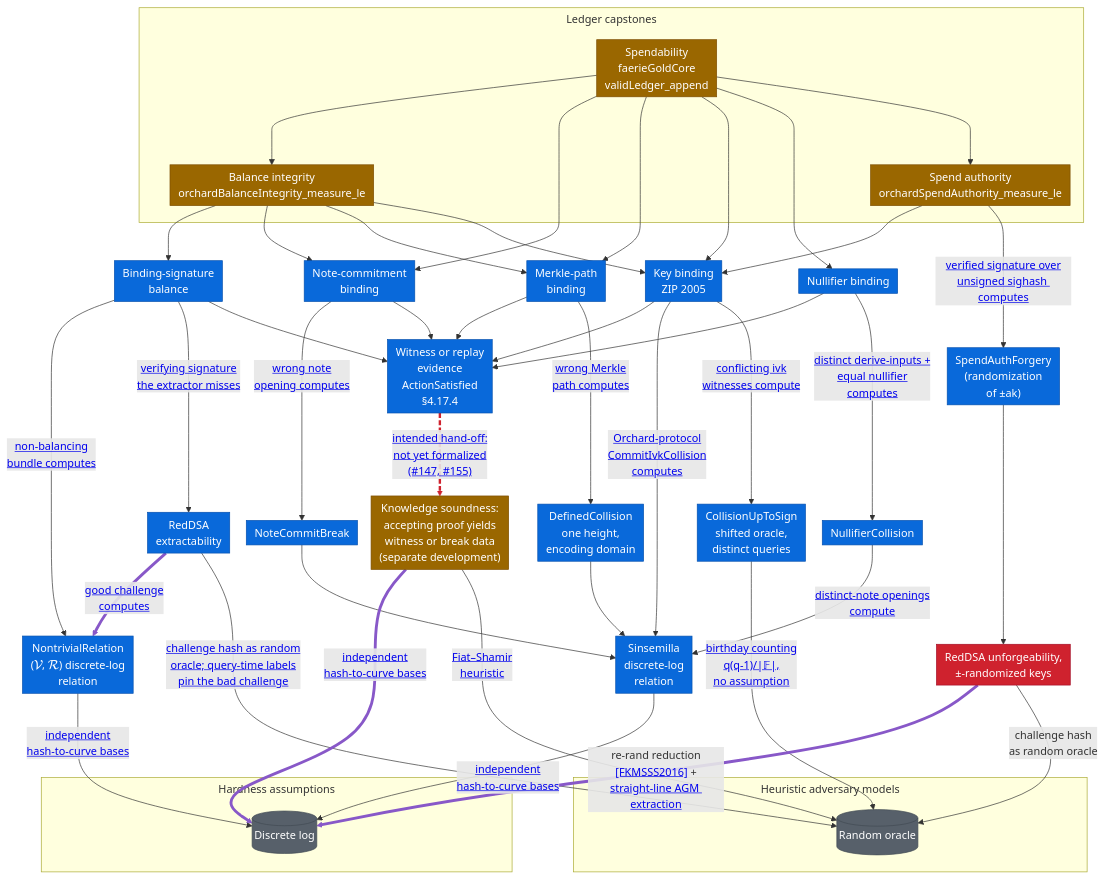
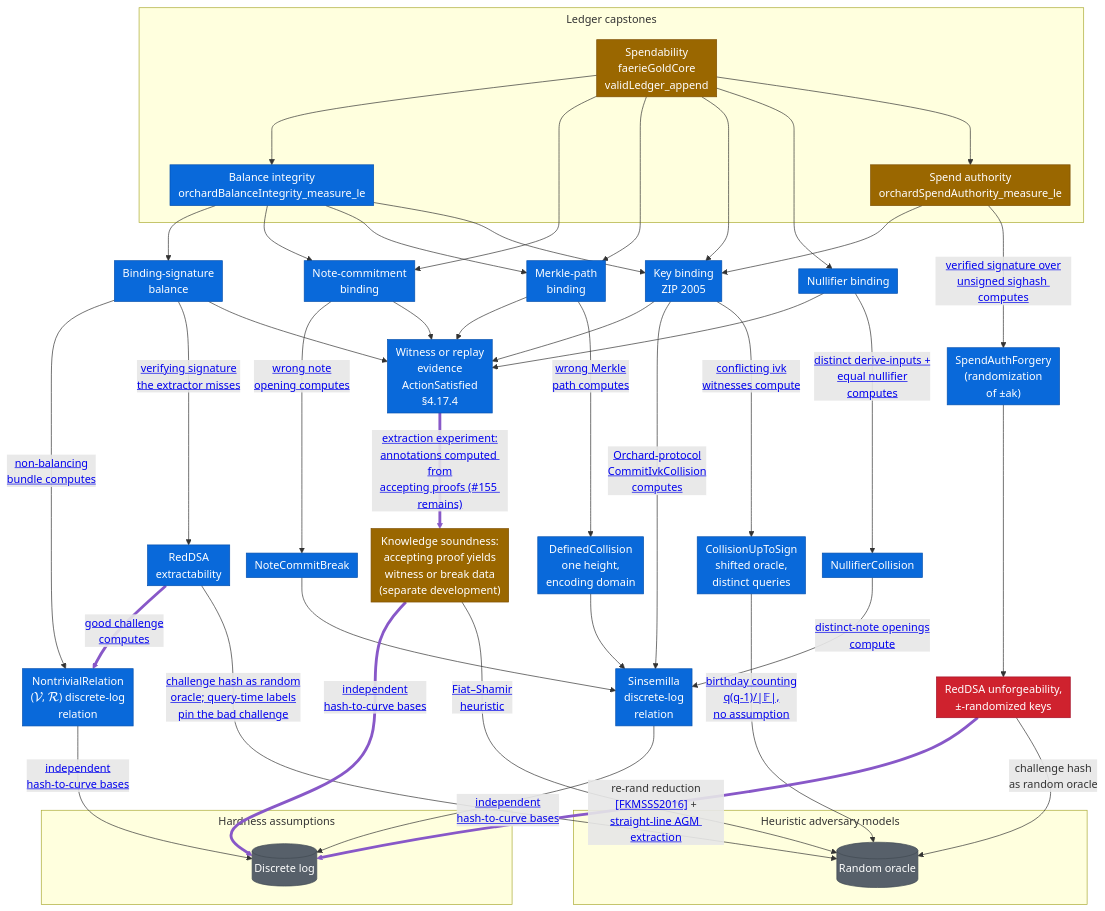
One commit to daira/ironwood changed the diagram in book/src/formal-verification/ledger-security-games.md. Above: the diagram before and after it, drawn with Mermaid. The commit also changed other lines of this file and 2 other files, not shown here.

First line of the commit message:
book: the extraction experiment closes the knowledge-soundness hand-off

````diff
--- a/book/src/formal-verification/ledger-security-games.md
+++ b/book/src/formal-verification/ledger-security-games.md
@@ -57,7 +57,7 @@
   NFB --->|"<a target='_blank' href='https://github.com/zcash/ironwood/blob/main/Zcash/Security/Ledger/Spendability.lean'>distinct derive-inputs +<br/>equal nullifier<br/>computes</a>"| NFC["NullifierCollision"]
   SPENDAUTH --->|"<a target='_blank' href='https://github.com/zcash/ironwood/blob/main/Zcash/Security/Ledger/SpendAuthority.lean'>verified signature over<br/>unsigned sighash computes</a>"| SAF["SpendAuthForgery<br/>(randomization<br/>of ±ak)"]
 
-  STMT STMTtoKS@-. "<a target='_blank' href='https://github.com/zcash/ironwood/issues/147'>intended hand-off:<br/>not yet formalized<br/>(#147, #155)</a>" .-> KS["Knowledge soundness:<br/>accepting proof yields<br/>witness or break data<br/>(separate development)"]
+  STMT STMTtoKS@-- "<a target='_blank' href='https://github.com/zcash/ironwood/blob/main/Zcash/Security/Ledger/OrchardExtractionExperiment.lean'>extraction experiment:<br/>annotations computed from<br/>accepting proofs (#155 remains)</a>" --> KS["Knowledge soundness:<br/>accepting proof yields<br/>witness or break data<br/>(separate development)"]
   NCBK --> SDLR["Sinsemilla<br/>discrete-log<br/>relation"]
 
   KERR KERRtoNDLR@==>|"<a target='_blank' href='https://github.com/zcash/ironwood/blob/main/Zcash/Security/RedDSA/Extraction.lean'>good challenge<br/>computes</a>"| NDLR
@@ -100,12 +100,10 @@
   classDef partial fill:#9a6700,stroke:#7d4e00,color:#ffffff
   classDef hyp fill:#cf222e,stroke:#a40e26,color:#ffffff
   classDef assumed fill:#57606a,stroke:#424a53,color:#ffffff
-  class BAL,SPEND,SPENDAUTH,KS partial
-  class NCB,BS,KB,MERK,NFB,STMT,NDLR,CUS,NCBK,MC,NFC,SAF,SDLR,KERR checked
+  class SPEND,SPENDAUTH,KS partial
+  class BAL,NCB,BS,KB,MERK,NFB,STMT,NDLR,CUS,NCBK,MC,NFC,SAF,SDLR,KERR checked
   class RDSA hyp
   class DL,ROM assumed
   classDef agmEdge stroke:#8858c8,stroke-width:4.2px
-  classDef gapEdge stroke:#cf222e,stroke-width:3.5px,stroke-dasharray: 7.5 3.2
-  class KERRtoNDLR,KStoDL,RDSAtoDL agmEdge
-  class STMTtoKS gapEdge
+  class KERRtoNDLR,KStoDL,RDSAtoDL,STMTtoKS agmEdge
 ```
````
